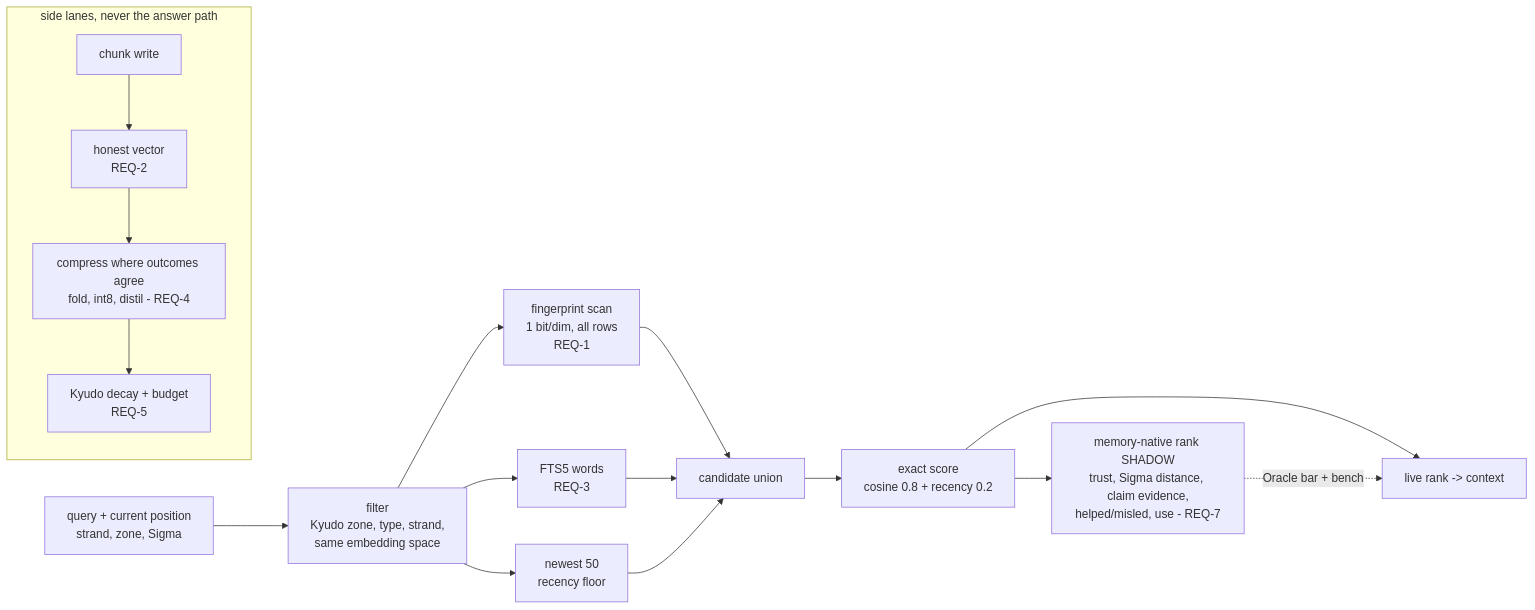
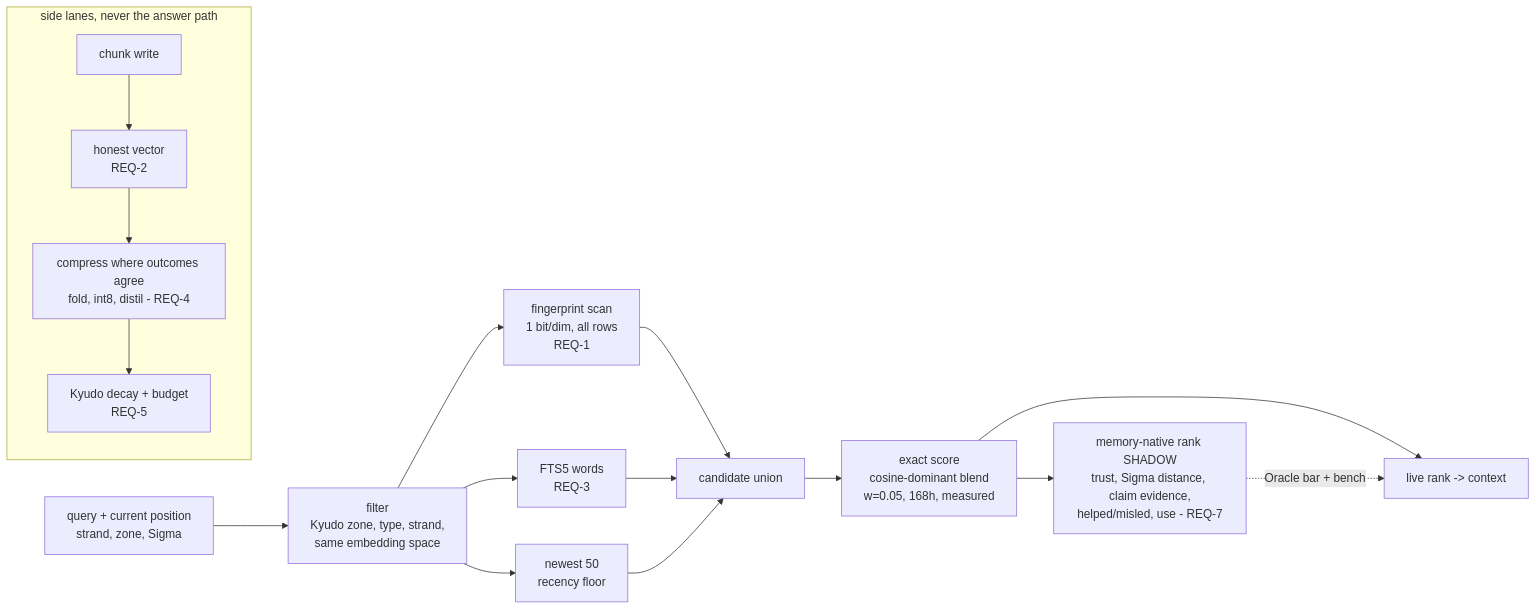
Before and after one commit to Midast0uch/IRISVOICE: the first of 3 diagrams in specs/memory-recall-reach/design.md, drawn with Mermaid. The commit also changed other lines of this file and 5 other files, not shown here.

````diff
--- a/specs/memory-recall-reach/design.md
+++ b/specs/memory-recall-reach/design.md
@@ -29,19 +29,19 @@
 ```mermaid
 flowchart LR
   Q[query + current position<br/>strand, zone, Sigma] --> F[filter<br/>Kyudo zone, type, strand,<br/>same embedding space]
   F --> FP[fingerprint scan<br/>1 bit/dim, all rows<br/>REQ-1]
   F --> KW[FTS5 words<br/>REQ-3]
   F --> NEW[newest 50<br/>recency floor]
   FP --> U[candidate union]
   KW --> U
   NEW --> U
-  U --> EX[exact score<br/>cosine 0.8 + recency 0.2]
+  U --> EX[exact score<br/>cosine-dominant blend<br/>w=0.05, 168h, measured]
   EX --> LIVE[live rank -> context]
   EX --> NAT[memory-native rank SHADOW<br/>trust, Sigma distance, claim evidence,<br/>helped/misled, use - REQ-7]
   NAT -. Oracle bar + bench .-> LIVE
   subgraph lanes [side lanes, never the answer path]
     W[chunk write] --> H[honest vector<br/>REQ-2]
     H --> C[compress where outcomes agree<br/>fold, int8, distil - REQ-4]
     C --> D[Kyudo decay + budget<br/>REQ-5]
   end
 ```
````
